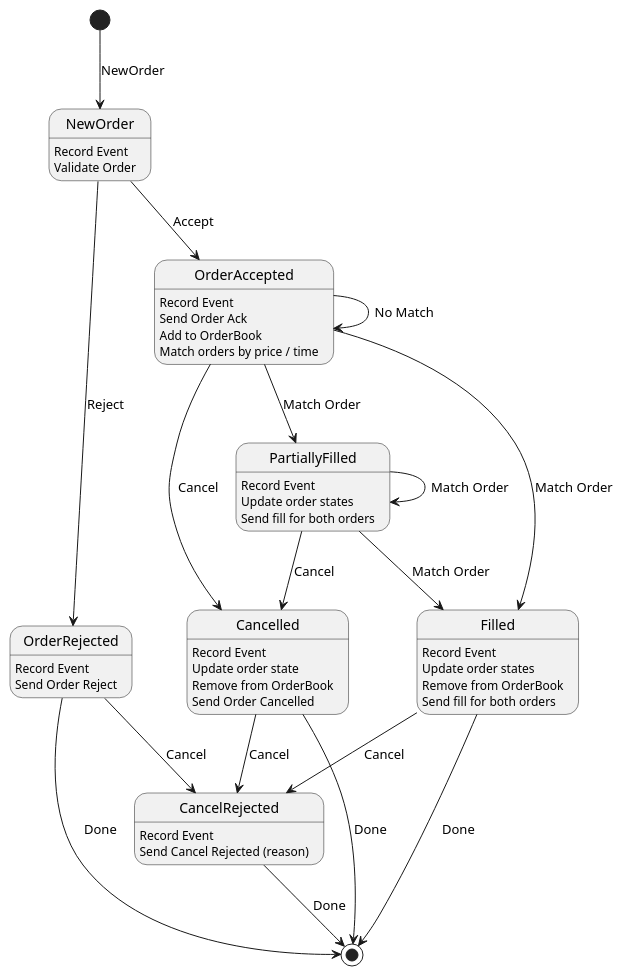
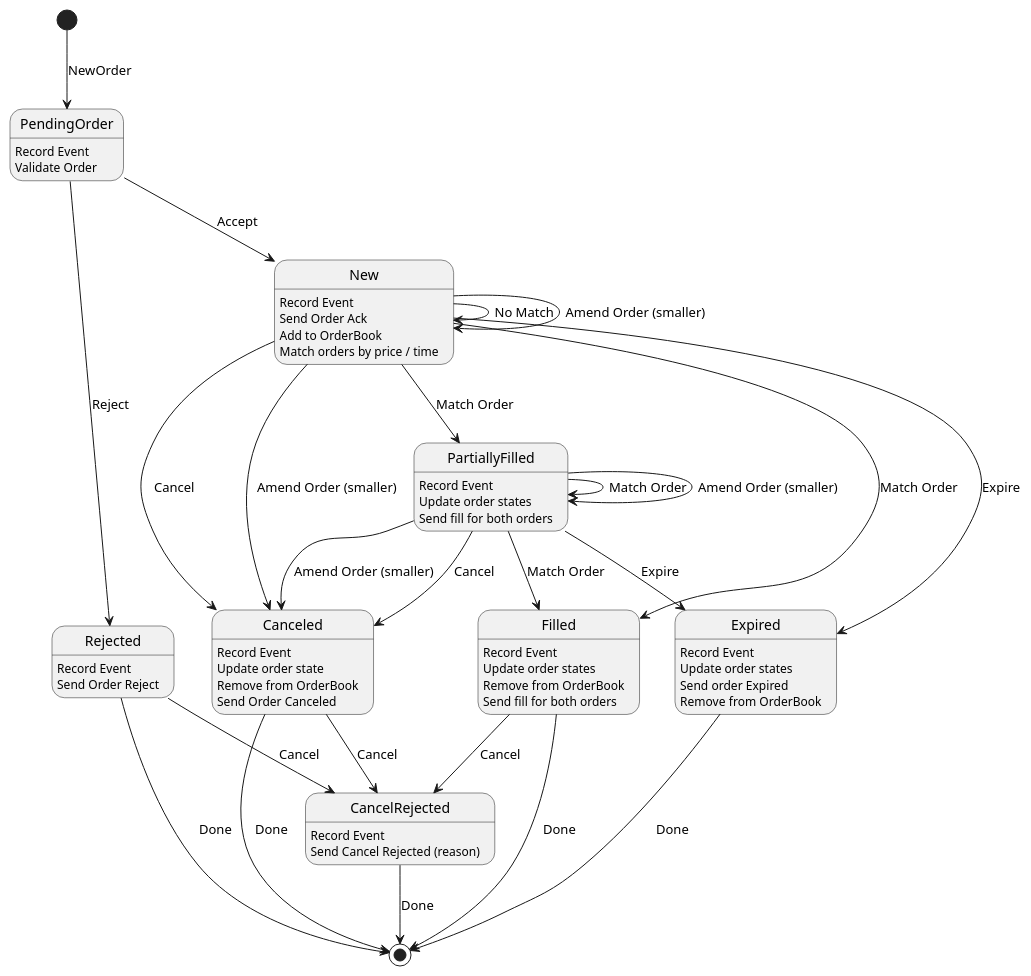
One commit to systematicmethods/orderbook changed the diagram in doc/Order State.puml. Above: the diagram before and after it, drawn with PlantUML. The commit also changed 1 other file, not shown here.

Commit message:
feat: add amend and expire to state

```diff
--- a/doc/Order State.puml
+++ b/doc/Order State.puml
@@ -1,47 +1,59 @@
 @startuml
-[*] --> NewOrder: NewOrder
-NewOrder --> OrderAccepted: Accept
-NewOrder --> OrderRejected: Reject
-NewOrder: Record Event
-NewOrder: Validate Order
+[*] --> PendingOrder: NewOrder
+PendingOrder --> New: Accept
+PendingOrder --> Rejected: Reject
+PendingOrder: Record Event
+PendingOrder: Validate Order
 
-OrderRejected --> [*]: Done
-OrderRejected: Record Event
-OrderRejected: Send Order Reject
-OrderRejected --> CancelRejected: Cancel
+Rejected --> [*]: Done
+Rejected: Record Event
+Rejected: Send Order Reject
+Rejected --> CancelRejected: Cancel
 
-OrderAccepted --> Cancelled: Cancel
-OrderAccepted: Record Event
-OrderAccepted: Send Order Ack
-OrderAccepted: Add to OrderBook
-OrderAccepted: Match orders by price / time
-OrderAccepted --> Filled: Match Order
-OrderAccepted --> PartiallyFilled: Match Order
-OrderAccepted --> OrderAccepted: No Match
+New --> Canceled: Cancel
+New: Record Event
+New: Send Order Ack
+New: Add to OrderBook
+New: Match orders by price / time
+New --> Filled: Match Order
+New --> PartiallyFilled: Match Order
+New --> New: No Match
+New --> New: Amend Order (smaller)
+New --> Canceled: Amend Order (smaller)
+New --> Expired: Expire
 
 PartiallyFilled --> PartiallyFilled: Match Order
+PartiallyFilled --> PartiallyFilled: Amend Order (smaller)
+PartiallyFilled --> Canceled: Amend Order (smaller)
 PartiallyFilled --> Filled: Match Order
-PartiallyFilled --> Cancelled: Cancel
+PartiallyFilled --> Canceled: Cancel
 PartiallyFilled: Record Event
 PartiallyFilled: Update order states
 PartiallyFilled: Send fill for both orders
+PartiallyFilled --> Expired: Expire
 
-Cancelled --> [*]: Done
-Cancelled --> CancelRejected: Cancel
-Cancelled: Record Event
-Cancelled: Update order state
-Cancelled: Remove from OrderBook
-Cancelled: Send Order Cancelled
+Canceled --> [*]: Done
+Canceled --> CancelRejected: Cancel
+Canceled: Record Event
+Canceled: Update order state
+Canceled: Remove from OrderBook
+Canceled: Send Order Canceled
 
 Filled --> [*]: Done
 Filled: Record Event
 Filled: Update order states
 Filled: Remove from OrderBook
 Filled: Send fill for both orders
 Filled --> CancelRejected: Cancel
 
+Expired --> [*]: Done
+Expired: Record Event
+Expired: Update order states
+Expired: Send order Expired
+Expired: Remove from OrderBook
+
 CancelRejected --> [*]: Done
 CancelRejected: Record Event
 CancelRejected: Send Cancel Rejected (reason)
 
 @enduml
```
